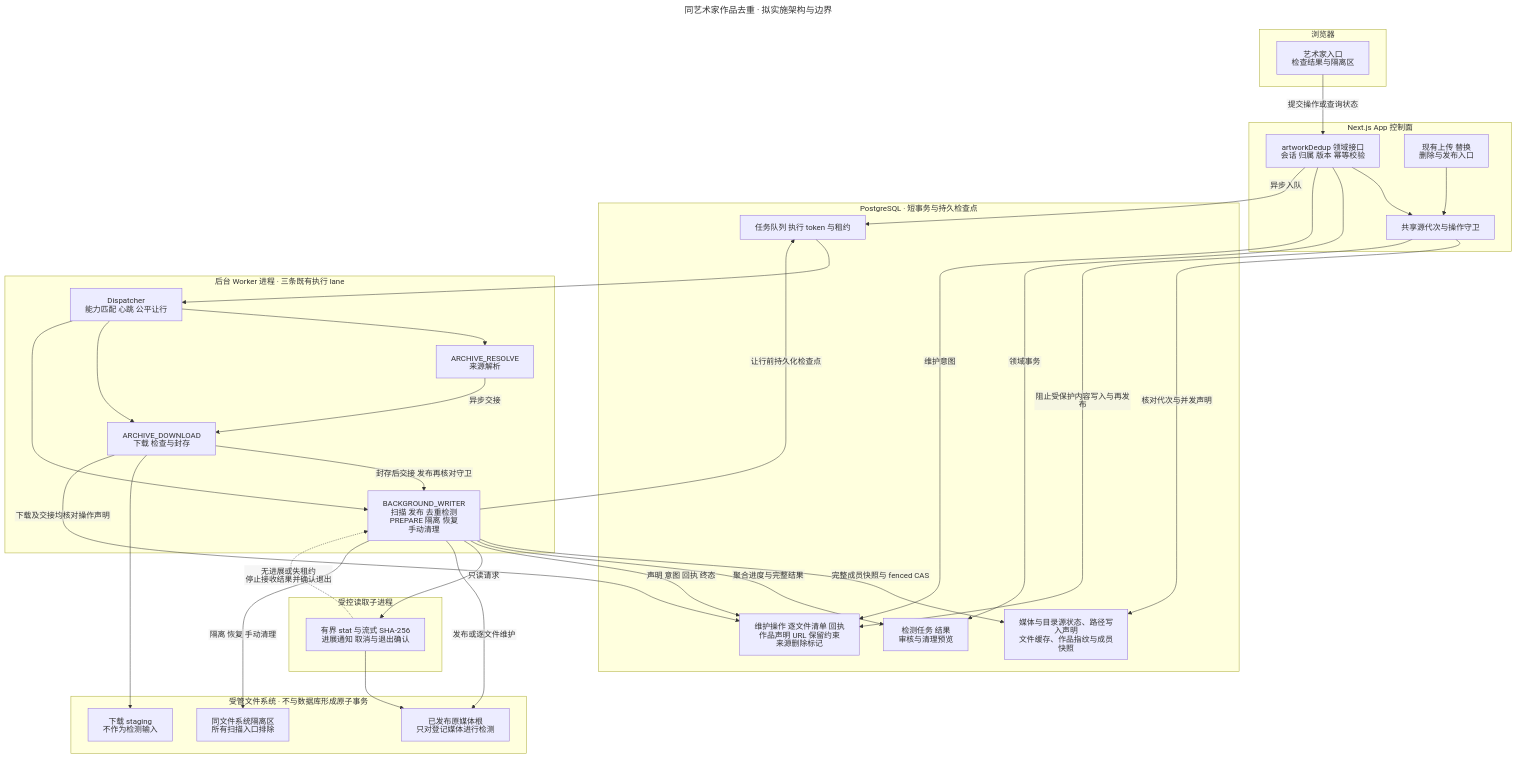
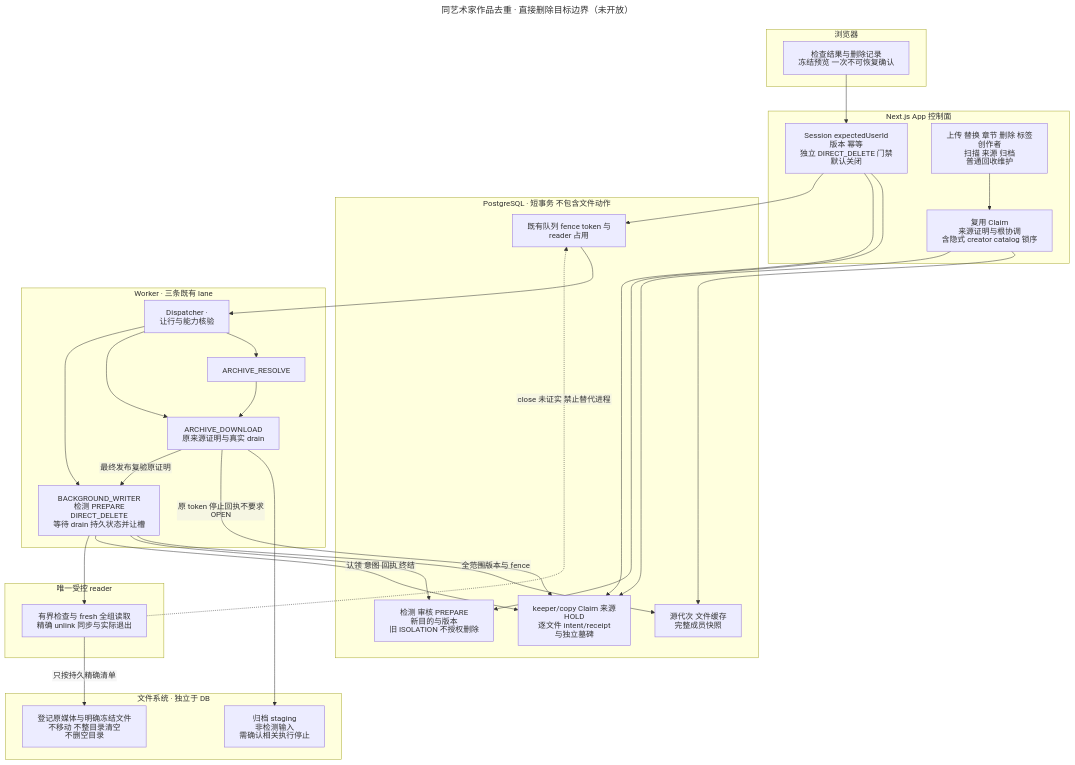
Before and after one commit to namehu/PixiShelf: the diagram in docs/diagrams/features/artwork-deduplication/architecture.mmd, drawn with Mermaid. The commit also changed 335 other files, not shown here.

Commit message:
feat(dedup): support reviewed direct deletion across artwork sources

```diff
--- a/docs/diagrams/features/artwork-deduplication/architecture.mmd
+++ b/docs/diagrams/features/artwork-deduplication/architecture.mmd
@@ -1,61 +1,53 @@
 ---
 config:
   htmlLabels: false
   flowchart:
     htmlLabels: false
-title: 同艺术家作品去重 · 拟实施架构与边界
+title: 同艺术家作品去重 · 直接删除目标边界（未开放）
 ---
 flowchart TB
   subgraph Browser[浏览器]
-    A01[艺术家入口<br/>检查结果与隔离区]
+    A01[检查结果与删除记录<br/>冻结预览 一次不可恢复确认]
   end
   subgraph App[Next.js App 控制面]
-    A02[artworkDedup 领域接口<br/>会话 归属 版本 幂等校验]
-    A03[现有上传 替换 删除与发布入口]
-    A04[共享源代次与操作守卫]
+    A02[Session expectedUserId 版本 幂等<br/>独立 DIRECT_DELETE 门禁 默认关闭]
+    A03[上传 替换 章节 删除 标签 创作者<br/>扫描 来源 归档 普通回收维护]
+    A04[复用 Claim 来源证明与根协调<br/>含隐式 creator catalog 锁序]
   end
-  subgraph Database[PostgreSQL · 短事务与持久检查点]
-    A05[媒体与目录源状态、路径写入声明<br/>文件缓存、作品指纹与成员快照]
-    A06[检测任务 结果 审核与清理预览]
-    A07[维护操作 逐文件清单 回执<br/>作品声明 URL 保留约束 来源删除标记]
-    A08[任务队列 执行 token 与租约]
+  subgraph DB[PostgreSQL · 短事务 不包含文件动作]
+    A05[源代次 文件缓存 完整成员快照]
+    A06[检测 审核 PREPARE 新目的与版本<br/>旧 ISOLATION 不授权删除]
+    A07[keeper/copy Claim 来源 HOLD<br/>逐文件 intent/receipt 与独立墓碑]
+    A08[既有队列 fence token 与 reader 占用]
   end
-  subgraph Worker[后台 Worker 进程 · 三条既有执行 lane]
-    A09[Dispatcher<br/>能力匹配 心跳 公平让行]
-    A10[ARCHIVE_RESOLVE<br/>来源解析]
-    A11[ARCHIVE_DOWNLOAD<br/>下载 检查与封存]
-    A12[BACKGROUND_WRITER<br/>扫描 发布 去重检测<br/>PREPARE 隔离 恢复 手动清理]
+  subgraph Worker[Worker · 三条既有 lane]
+    A09[Dispatcher · 让行与能力核验]
+    A10[ARCHIVE_RESOLVE]
+    A11[ARCHIVE_DOWNLOAD<br/>原来源证明与真实 drain]
+    A12[BACKGROUND_WRITER<br/>检测 PREPARE DIRECT_DELETE<br/>等待 drain 持久状态并让槽]
   end
-  subgraph Reader[受控读取子进程]
-    A13[有界 stat 与流式 SHA-256<br/>进展通知 取消与退出确认]
+  subgraph Reader[唯一受控 reader]
+    A13[有界检查与 fresh 全组读取<br/>精确 unlink 同步与实际退出]
   end
-  subgraph Storage[受管文件系统 · 不与数据库形成原子事务]
-    A14[已发布原媒体根<br/>只对登记媒体进行检测]
-    A15[下载 staging<br/>不作为检测输入]
-    A16[同文件系统隔离区<br/>所有扫描入口排除]
+  subgraph FS[文件系统 · 独立于 DB]
+    A14[登记原媒体与明确冻结文件<br/>不移动 不整目录清空 不删空目录]
+    A15[归档 staging<br/>非检测输入 需确认相关执行停止]
   end
-  A01 -->|提交操作或查询状态| A02
-  A02 --> A04
+  A01 --> A02 --> A06
+  A02 --> A07
+  A02 --> A08
   A03 --> A04
-  A04 -->|核对代次与并发声明| A05
-  A04 -->|阻止受保护内容写入与再发布| A07
-  A02 -->|领域事务| A06
-  A02 -->|维护意图| A07
-  A02 -->|异步入队| A08
+  A04 --> A05
+  A04 --> A07
   A08 --> A09
-  A09 --> A10
+  A09 --> A10 --> A11
   A09 --> A11
   A09 --> A12
-  A10 -->|异步交接| A11
-  A11 -->|封存后交接 发布再核对守卫| A12
   A11 --> A15
-  A11 -->|下载及交接均核对操作声明| A07
-  A12 -->|完整成员快照与 fenced CAS| A05
-  A12 -->|聚合进度与完整结果| A06
-  A12 -->|声明 意图 回执 终态| A07
-  A12 -->|只读请求| A13
-  A13 --> A14
-  A12 -->|发布或逐文件维护| A14
-  A12 -->|隔离 恢复 手动清理| A16
-  A12 -->|让行前持久化检查点| A08
-  A13 -.->|无进展或失租约<br/>停止接收结果并确认退出| A12
+  A11 -->|原 token 停止回执不要求 OPEN| A07
+  A11 -->|最终发布复验原证明| A12
+  A12 -->|全范围版本与 fence| A05
+  A12 --> A06
+  A12 -->|认领 意图 回执 终结| A07
+  A12 --> A13 -->|只按持久精确清单| A14
+  A13 -.->|close 未证实 禁止替代进程| A08
```
